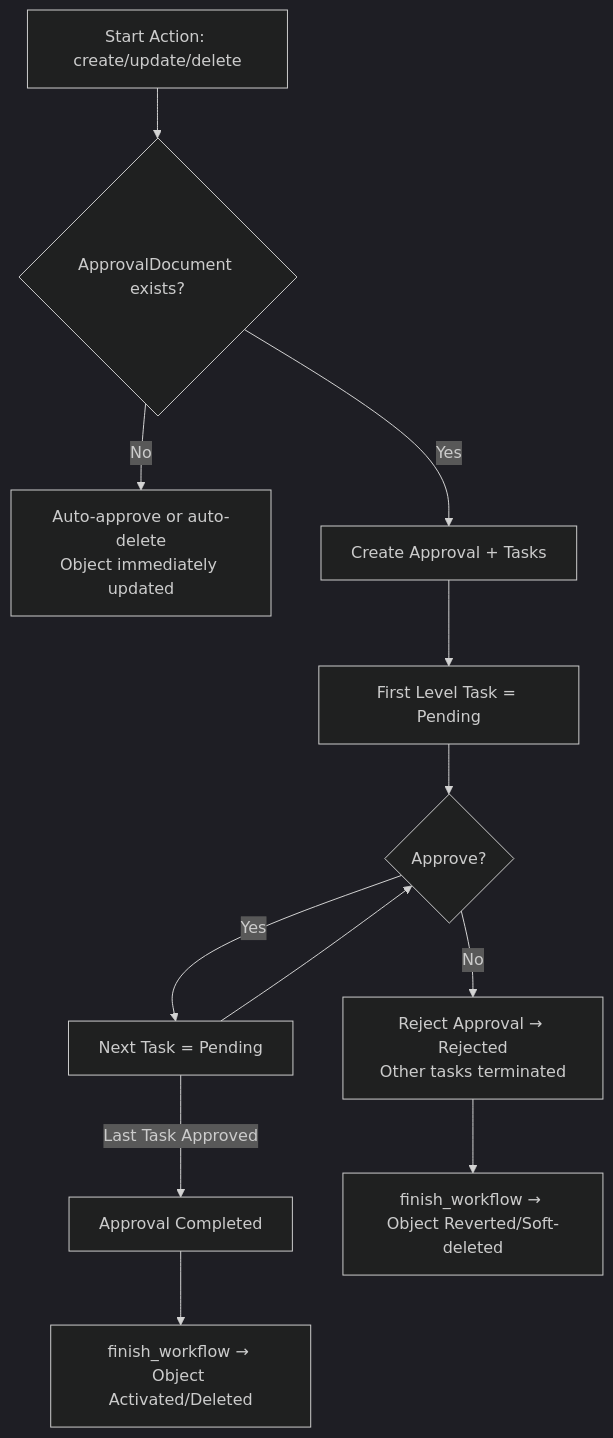
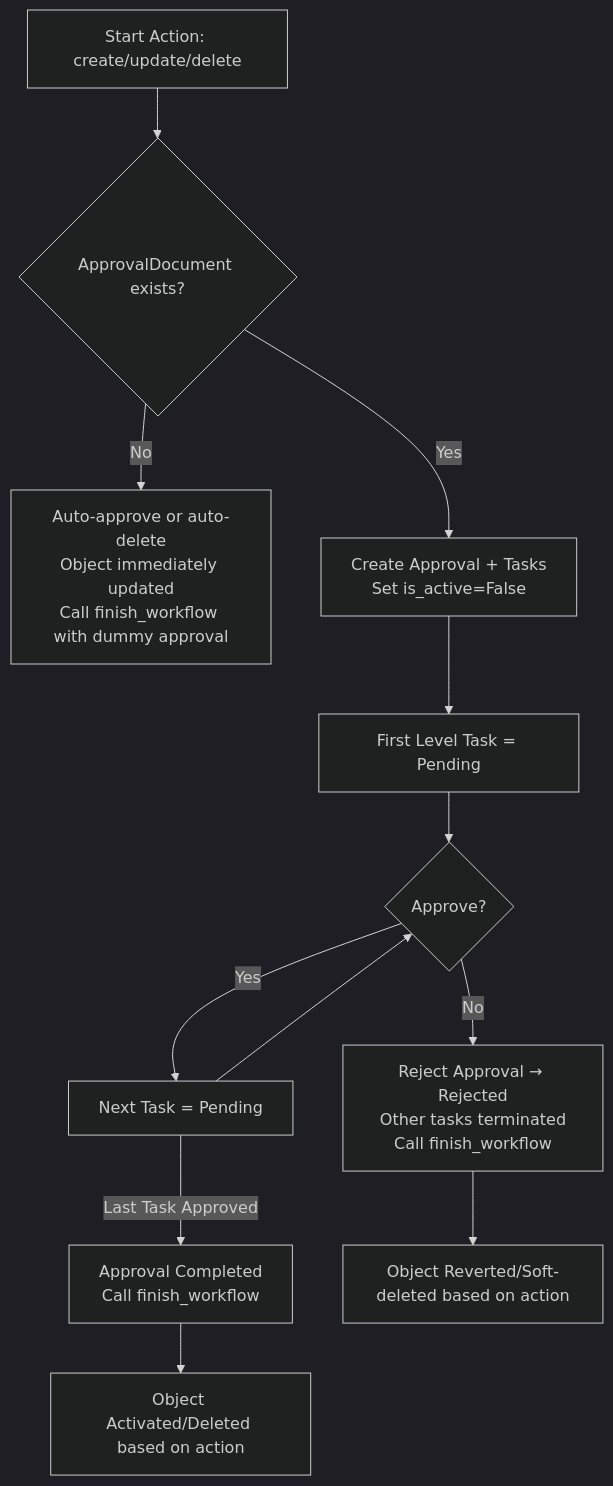
The diagram in backend/documentation/design_specs/approval_workflow.md (DanielKasi/HR-MAIN-PLATFORM-INTEGRATION-TEST), drawn with Mermaid (dark theme) before and after one commit. The commit also changed other lines of this file and 11 other files, not shown here.

````diff
--- a/backend/documentation/design_specs/approval_workflow.md
+++ b/backend/documentation/design_specs/approval_workflow.md
@@ -85,14 +102,14 @@
 ```mermaid
 flowchart TD
     A[Start Action: create/update/delete] --> B{ApprovalDocument exists?}
-    B -- No --> C[Auto-approve or auto-delete<br/>Object immediately updated]
-    B -- Yes --> D[Create Approval + Tasks]
+    B -- No --> C[Auto-approve or auto-delete<br/>Object immediately updated<br/>Call finish_workflow with dummy approval]
+    B -- Yes --> D[Create Approval + Tasks<br/>Set is_active=False]
     D --> E[First Level Task = Pending]
     E --> F{Approve?}
     F -- Yes --> G[Next Task = Pending]
     G --> F
-    F -- No --> H[Reject Approval → Rejected<br/>Other tasks terminated]
-    G -->|Last Task Approved| I[Approval Completed]
-    I --> J[finish_workflow → Object Activated/Deleted]
-    H --> K[finish_workflow → Object Reverted/Soft-deleted]
+    F -- No --> H[Reject Approval → Rejected<br/>Other tasks terminated<br/>Call finish_workflow]
+    G -->|Last Task Approved| I[Approval Completed<br/>Call finish_workflow]
+    I --> J[Object Activated/Deleted based on action]
+    H --> K[Object Reverted/Soft-deleted based on action]
 ```
````
